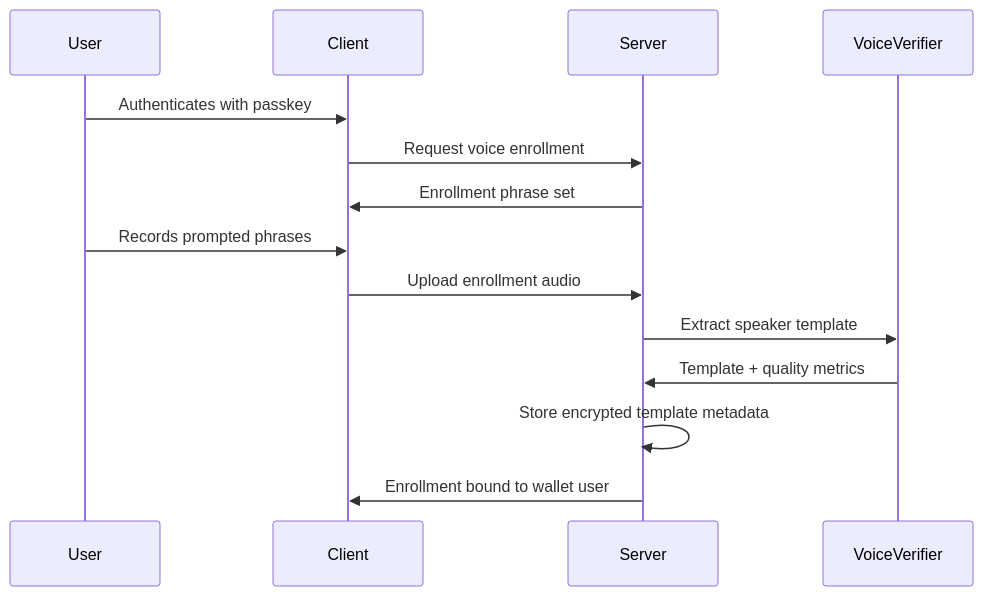
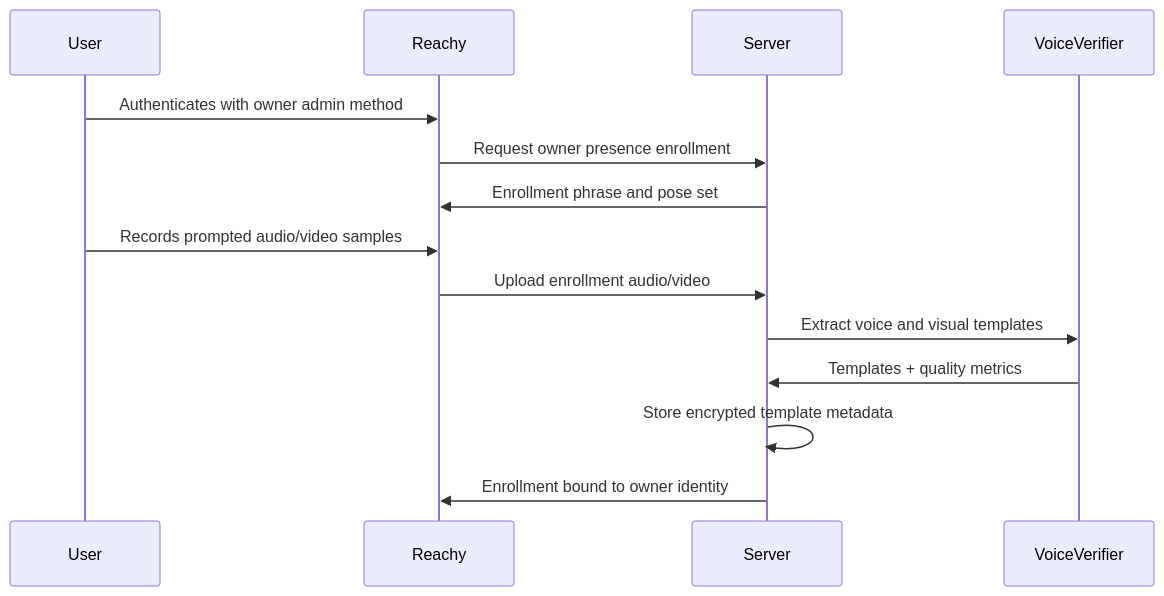
The first of 2 diagrams in docs/voice-biometrics.md (seams-tech/seams-sdk), drawn with Mermaid before and after one commit. The commit also changed other lines of this file and 10 other files, not shown here.

````diff
--- a/docs/voice-biometrics.md
+++ b/docs/voice-biometrics.md
@@ -620,17 +711,17 @@
 ```mermaid
 sequenceDiagram
   participant User
-  participant Client
+  participant Reachy
   participant Server
   participant VoiceVerifier
 
-  User->>Client: Authenticates with passkey
-  Client->>Server: Request voice enrollment
-  Server->>Client: Enrollment phrase set
-  User->>Client: Records prompted phrases
-  Client->>Server: Upload enrollment audio
-  Server->>VoiceVerifier: Extract speaker template
-  VoiceVerifier->>Server: Template + quality metrics
+  User->>Reachy: Authenticates with owner admin method
+  Reachy->>Server: Request owner presence enrollment
+  Server->>Reachy: Enrollment phrase and pose set
+  User->>Reachy: Records prompted audio/video samples
+  Reachy->>Server: Upload enrollment audio/video
+  Server->>VoiceVerifier: Extract voice and visual templates
+  VoiceVerifier->>Server: Templates + quality metrics
   Server->>Server: Store encrypted template metadata
-  Server->>Client: Enrollment bound to wallet user
+  Server->>Reachy: Enrollment bound to owner identity
 ```
````
